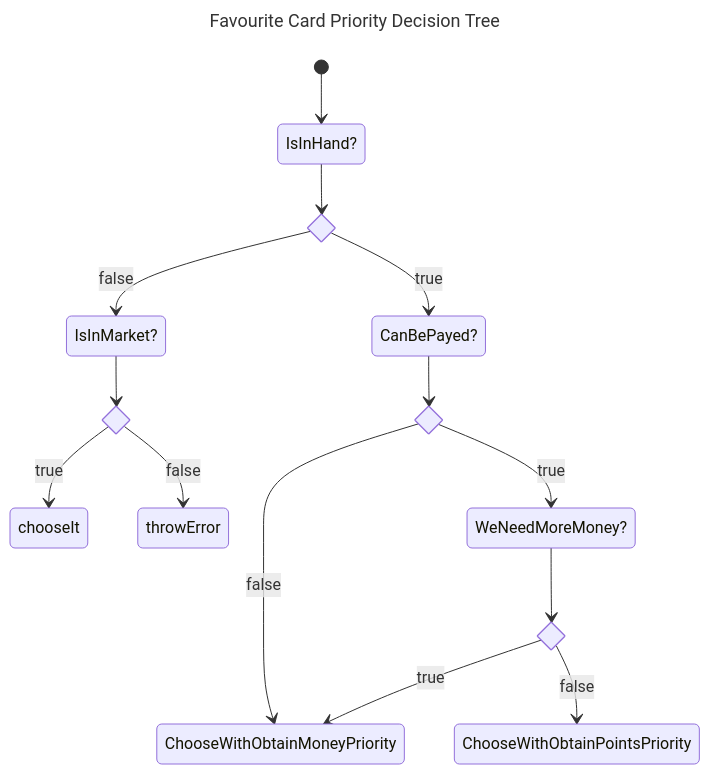
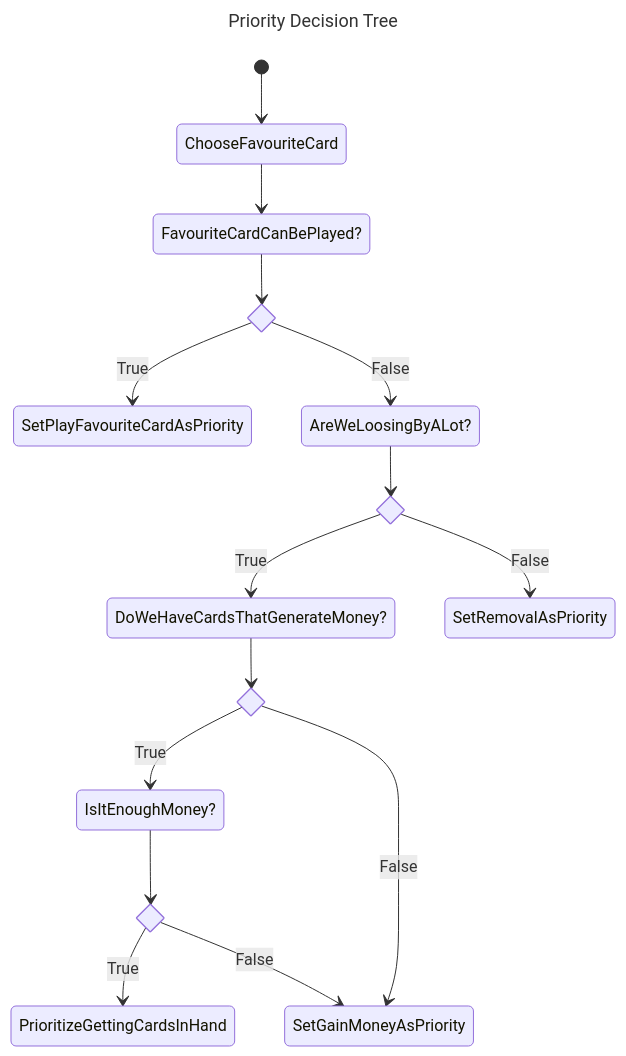
One commit to Eric11195/ValeOfEternity_ia_project changed the first of 2 diagrams in README.md. Above: the diagram before and after it, drawn with Mermaid. The commit also changed other lines of this file, not shown here.

````diff
--- a/README.md
+++ b/README.md
@@ -349,23 +62,24 @@
 ```mermaid
 ---
-title: Favourite Card Priority Decision Tree
+title: Priority Decision Tree
 ---
 stateDiagram-v2
 state if_state <<choice>>
 state if_state2 <<choice>>
 state if_state3 <<choice>>
 state if_state4 <<choice>>
-[*] --> IsInHand?
-IsInHand? --> if_state
-if_state --> CanBePayed?:true
-if_state --> IsInMarket?:false
-IsInMarket? --> if_state2
-if_state2 --> chooseIt:true
-if_state2 --> throwError:false
-CanBePayed? --> if_state3
-if_state3 --> WeNeedMoreMoney?:true
-if_state3 --> ChooseWithObtainMoneyPriority:false
-WeNeedMoreMoney? --> if_state4
-if_state4 --> ChooseWithObtainMoneyPriority:true
-if_state4 --> ChooseWithObtainPointsPriority:false
+[*] --> ChooseFavouriteCard
+ChooseFavouriteCard --> FavouriteCardCanBePlayed?
+FavouriteCardCanBePlayed? --> if_state
+if_state --> SetPlayFavouriteCardAsPriority: True
+if_state --> AreWeLoosingByALot?: False
+AreWeLoosingByALot? --> if_state2
+if_state2 --> DoWeHaveCardsThatGenerateMoney?:True
+DoWeHaveCardsThatGenerateMoney? --> if_state3
+if_state3 --> IsItEnoughMoney?:True
+IsItEnoughMoney? --> if_state4
+if_state4 --> PrioritizeGettingCardsInHand:True
+if_state4 --> SetGainMoneyAsPriority:False
+if_state3 --> SetGainMoneyAsPriority:False
+if_state2 --> SetRemovalAsPriority: False
 ```
````
